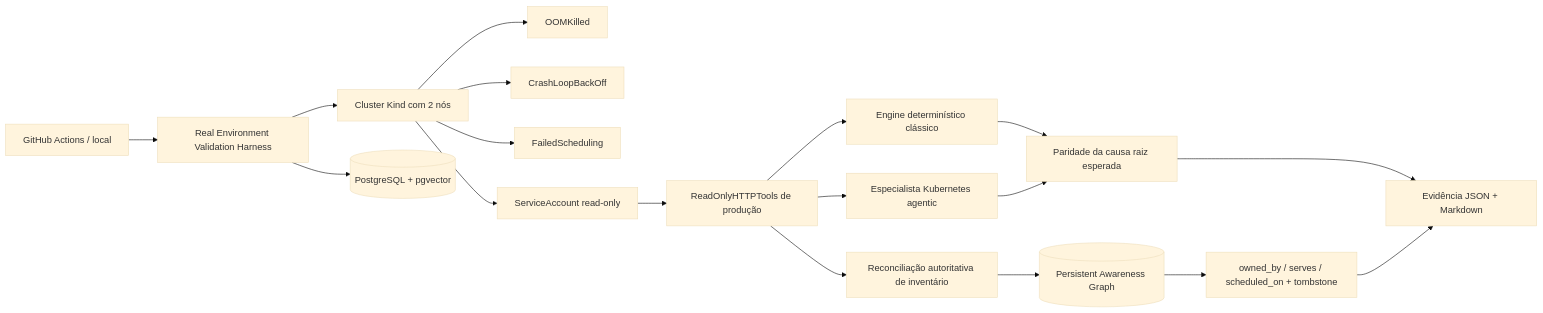
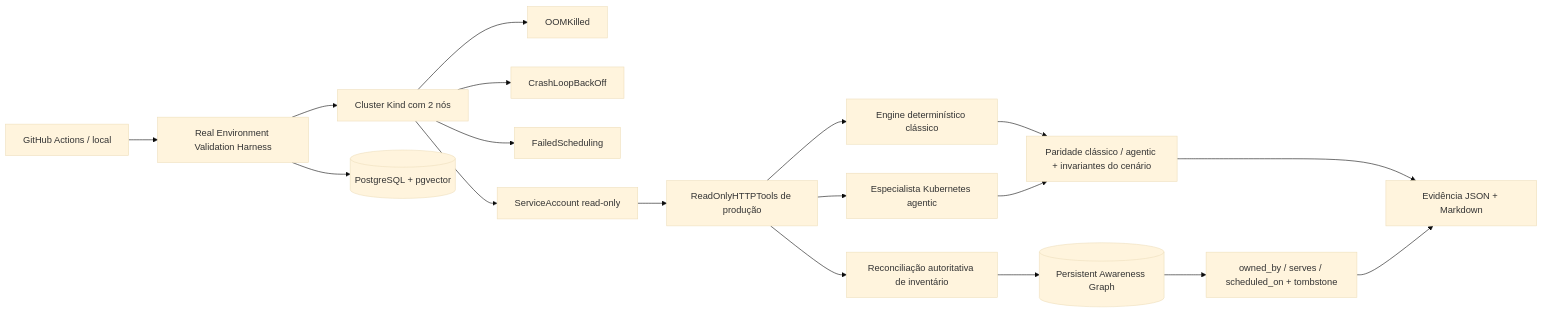
Before and after one commit to marcocristofolini/ai-sre-rca: diagram 28 of 28 in docs/architecture.pt-BR.md, drawn with Mermaid (base theme). The commit also changed other lines of this file and 15 other files, not shown here.

Commit message:
docs: refresh rc1 architecture and add live UI screenshots

````diff
--- a/docs/architecture.pt-BR.md
+++ b/docs/architecture.pt-BR.md
@@ -733,20 +750,20 @@
 ```mermaid
 flowchart LR
     GA[GitHub Actions / local] --> VH[Real Environment Validation Harness]
     VH --> KIND[Cluster Kind com 2 nós]
     VH --> PG[(PostgreSQL + pgvector)]
     KIND --> OOM[OOMKilled]
     KIND --> CRASH[CrashLoopBackOff]
     KIND --> SCHED[FailedScheduling]
     KIND --> RBAC[ServiceAccount read-only]
     RBAC --> HTTP[ReadOnlyHTTPTools de produção]
     HTTP --> CORE[Engine determinístico clássico]
     HTTP --> AG[Especialista Kubernetes agentic]
     HTTP --> INV[Reconciliação autoritativa de inventário]
     INV --> PAG[(Persistent Awareness Graph)]
-    CORE --> PARITY[Paridade da causa raiz esperada]
+    CORE --> PARITY[Paridade clássico / agentic + invariantes do cenário]
     AG --> PARITY
     PAG --> GRAPH[owned_by / serves / scheduled_on + tombstone]
     PARITY --> REPORT[Evidência JSON + Markdown]
     GRAPH --> REPORT
 ```
````
